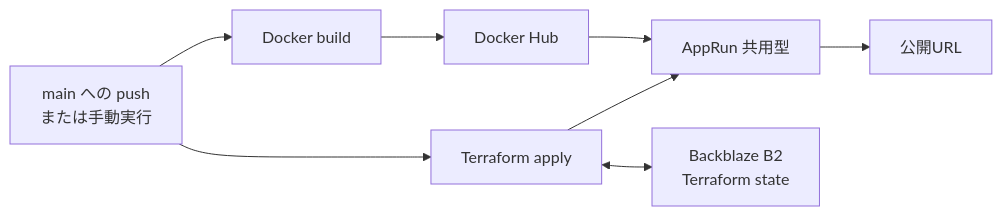
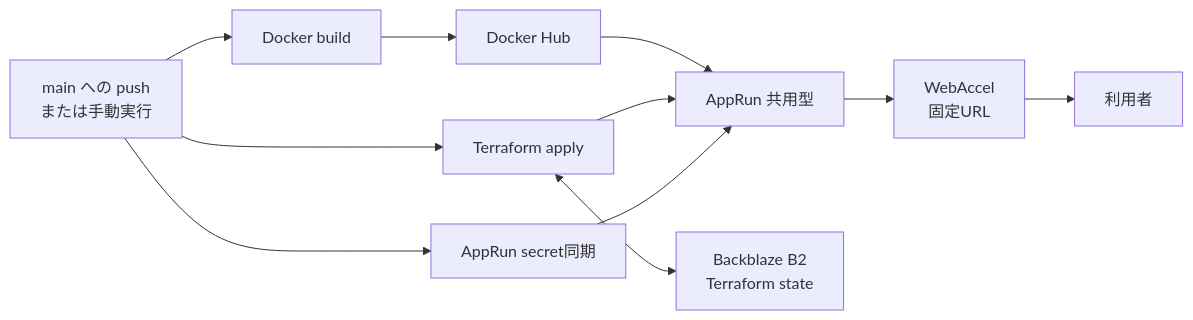
Before and after one commit to sohohold/nuance-mapper: the diagram in terraform/apprun/README.md, drawn with Mermaid. The commit also changed other lines of this file and 9 other files, not shown here.

Commit message:
Automate AppRun edge, previews, and secrets

````diff
--- a/terraform/apprun/README.md
+++ b/terraform/apprun/README.md
@@ -7,10 +7,13 @@
 ```mermaid
 flowchart LR
     D[main への push<br/>または手動実行] --> B[Docker build]
     B --> R[Docker Hub]
     D --> T[Terraform apply]
     R --> A[AppRun 共用型]
     T --> A
     T <--> S[Backblaze B2<br/>Terraform state]
-    A --> U[公開URL]
+    D --> X[AppRun secret同期]
+    X --> A
+    A --> W[WebAccel<br/>固定URL]
+    W --> U[利用者]
 ```
````
